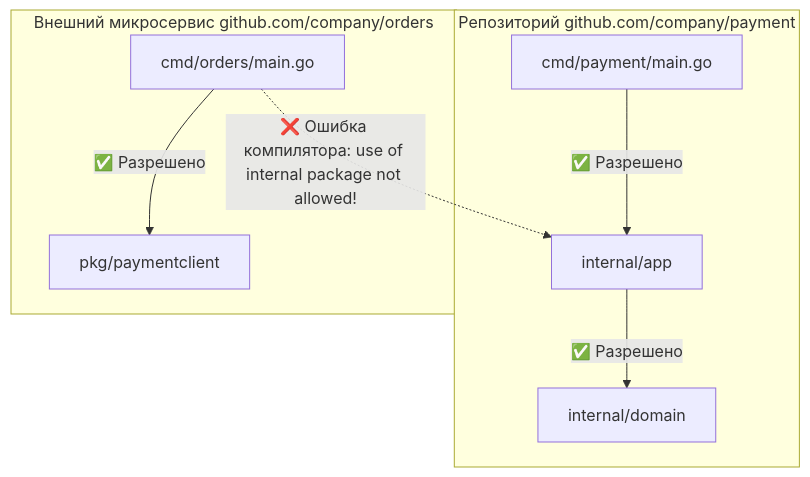
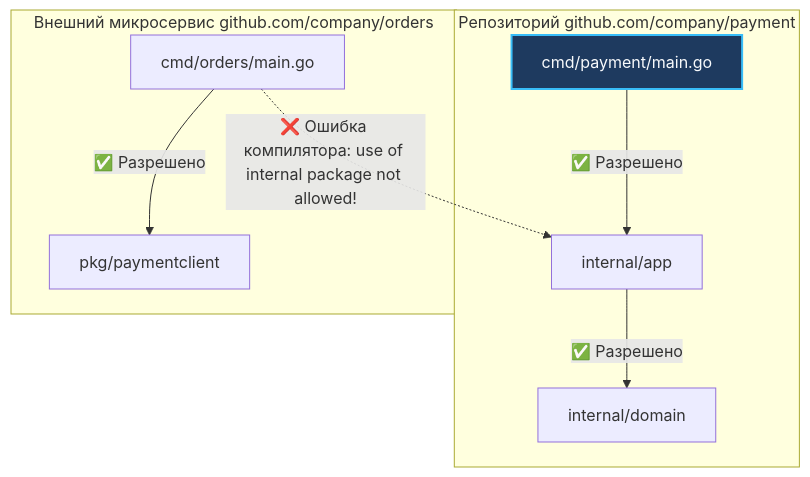
Before and after one commit to UnrealTemplier/go-textbook: the first of 3 diagrams in sources/14. Распределенные системы на Go/08. Практика/1. Структура микросервисного проекта на Go.md, drawn with Mermaid. The commit also changed other lines of this file and 1666 other files, not shown here.

First line of the commit message:
feat(mermaid): add semantic color classDef to 1369 colorless flowchart/graph diagrams

````diff
--- a/sources/14. Распределенные системы на Go/08. Практика/1. Структура микросервисного проекта на Go.md
+++ b/sources/14. Распределенные системы на Go/08. Практика/1. Структура микросервисного проекта на Go.md
@@ -77,12 +77,22 @@
 ```mermaid
 flowchart TD
+    classDef process  fill:#1e293b,stroke:#38bdf8,stroke-width:1px,color:#f8fafc
+    classDef success  fill:#064e3b,stroke:#34d399,stroke-width:1px,color:#f8fafc
+    classDef error    fill:#7f1d1d,stroke:#f87171,stroke-width:1px,color:#f8fafc
+    classDef warning  fill:#78350f,stroke:#fbbf24,stroke-width:1px,color:#f8fafc
+    classDef entry    fill:#1e3a5f,stroke:#38bdf8,stroke-width:2px,color:#f8fafc
+    classDef aux      fill:#334155,stroke:#64748b,stroke-width:1px,color:#f8fafc
+    classDef system   fill:#312e81,stroke:#a78bfa,stroke-width:1px,color:#f8fafc
+    classDef data     fill:#132d29,stroke:#2dd4bf,stroke-width:1px,color:#f8fafc
+    classDef network  fill:#881337,stroke:#fb7185,stroke-width:1px,color:#f8fafc
+    classDef accent   fill:#1e1b4b,stroke:#818cf8,stroke-width:1px,color:#f8fafc
     subgraph Repo["Репозиторий github.com/company/payment"]
-        CMD["cmd/payment/main.go"] -->|"✅ Разрешено"| Internal["internal/app"]
+        CMD["cmd/payment/main.go"]:::entry -->|"✅ Разрешено"| Internal["internal/app"]
         Internal -->|"✅ Разрешено"| Domain["internal/domain"]
     end
 
     subgraph External["Внешний микросервис github.com/company/orders"]
         OrderApp["cmd/orders/main.go"] -.->|"❌ Ошибка компилятора: use of internal package not allowed!"| Internal
         OrderApp -->|"✅ Разрешено"| Pkg["pkg/paymentclient"]
     end
 ```
````
